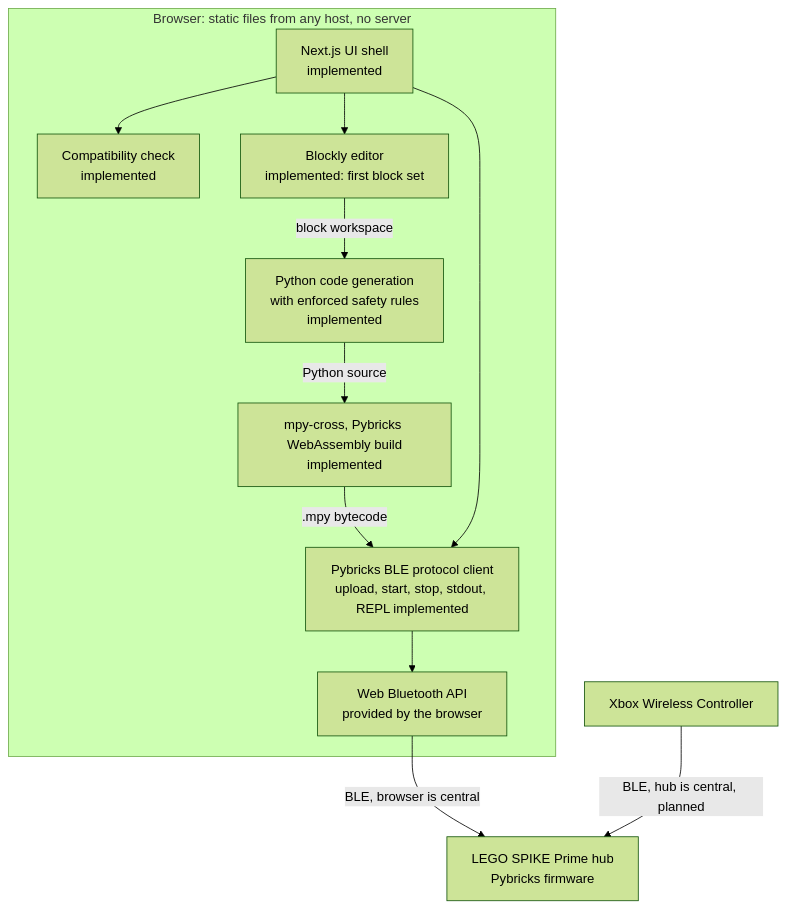
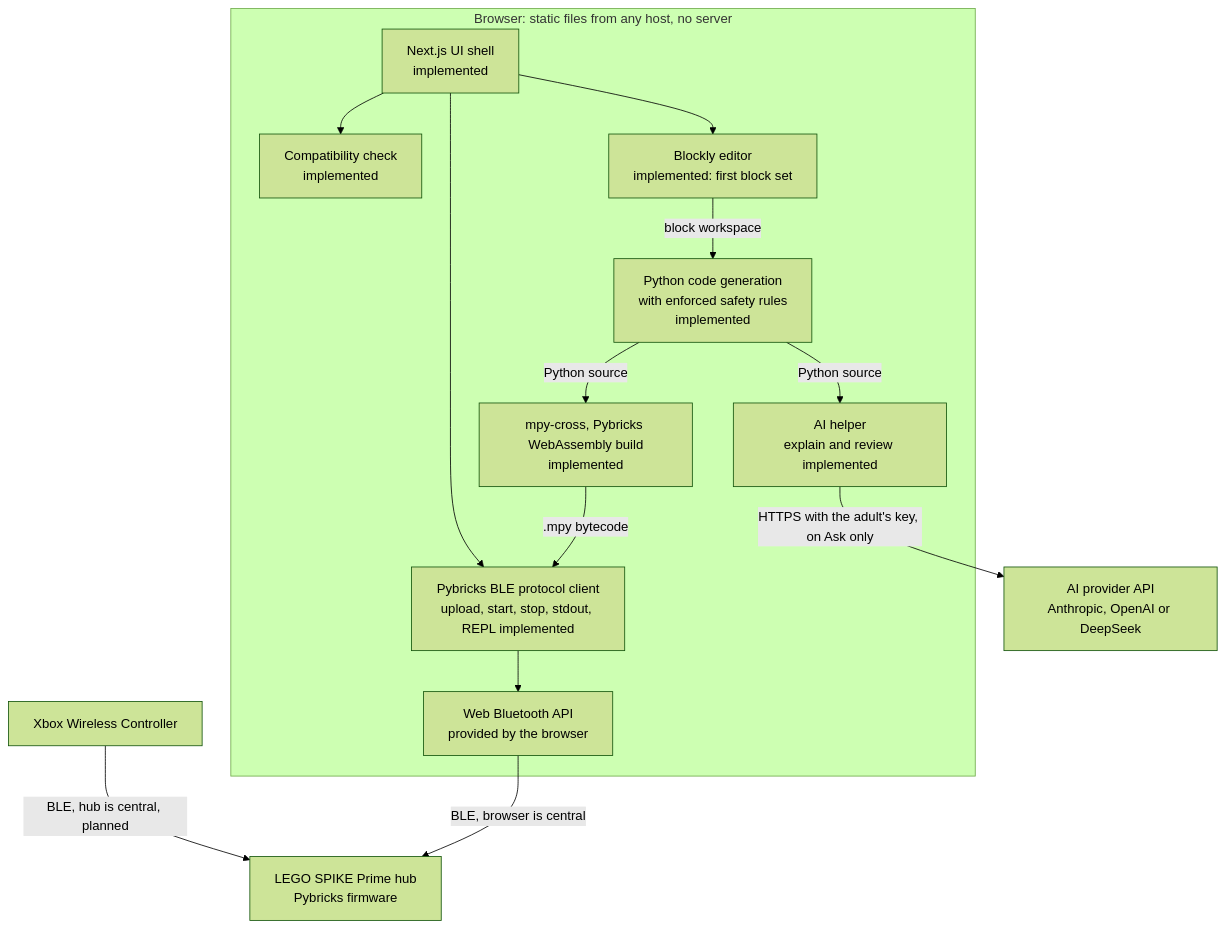
Before and after one commit to lumduan/matpilot: the diagram in docs/architecture.md, drawn with Mermaid (forest theme). The commit also changed other lines of this file and 33 other files, not shown here.

````diff
--- a/docs/architecture.md
+++ b/docs/architecture.md
@@ -11,25 +11,29 @@
 ```mermaid
 flowchart TD
     subgraph BROWSER["Browser: static files from any host, no server"]
         UI["Next.js UI shell<br/>implemented"]
         COMPAT["Compatibility check<br/>implemented"]
         BLOCKLY["Blockly editor<br/>implemented: first block set"]
         CODEGEN["Python code generation<br/>with enforced safety rules<br/>implemented"]
         MPY["mpy-cross, Pybricks WebAssembly build<br/>implemented"]
         PROTO["Pybricks BLE protocol client<br/>upload, start, stop, stdout, REPL implemented"]
         WEBBT["Web Bluetooth API<br/>provided by the browser"]
+        AI["AI helper<br/>explain and review implemented"]
     end
 
     HUB["LEGO SPIKE Prime hub<br/>Pybricks firmware"]
     PAD["Xbox Wireless Controller"]
+    PROVIDER["AI provider API<br/>Anthropic, OpenAI or DeepSeek"]
 
     UI --> COMPAT
     UI --> BLOCKLY
     BLOCKLY -->|"block workspace"| CODEGEN
     CODEGEN -->|"Python source"| MPY
     MPY -->|".mpy bytecode"| PROTO
     UI --> PROTO
     PROTO --> WEBBT
     WEBBT -->|"BLE, browser is central"| HUB
     PAD -->|"BLE, hub is central, planned"| HUB
+    CODEGEN -->|"Python source"| AI
+    AI -->|"HTTPS with the adult's key, on Ask only"| PROVIDER
 ```
````
